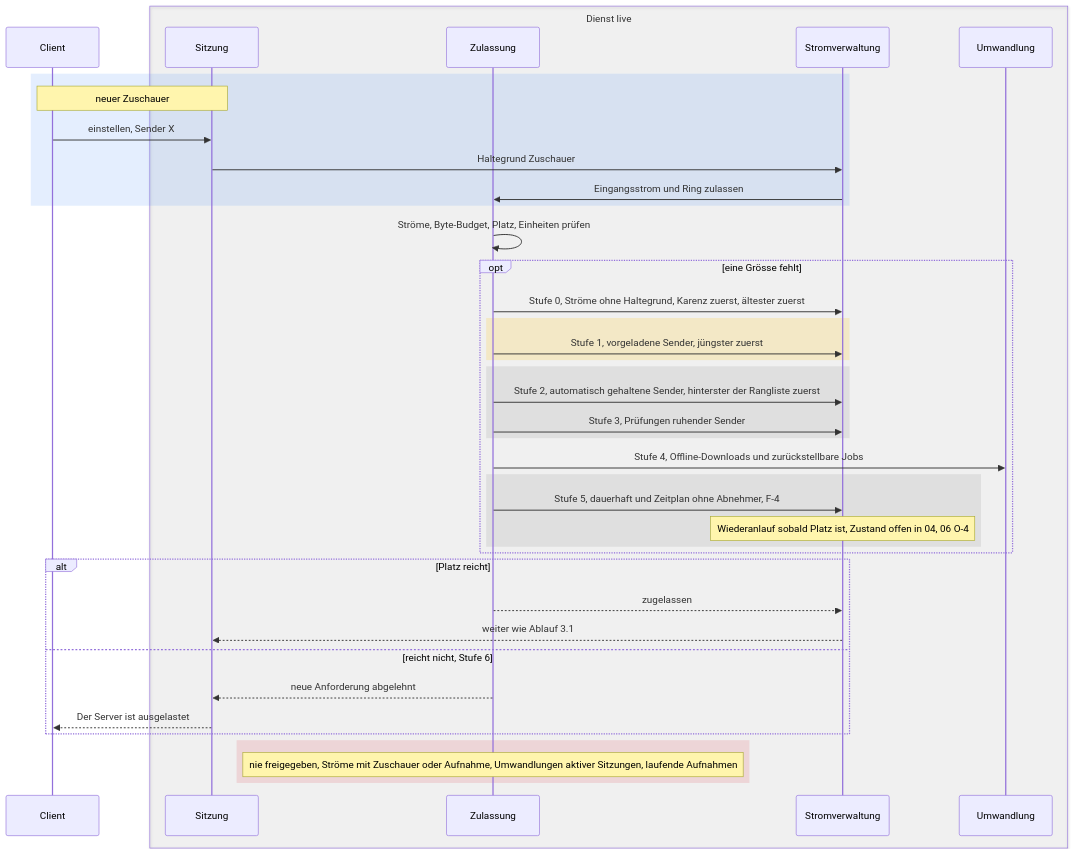
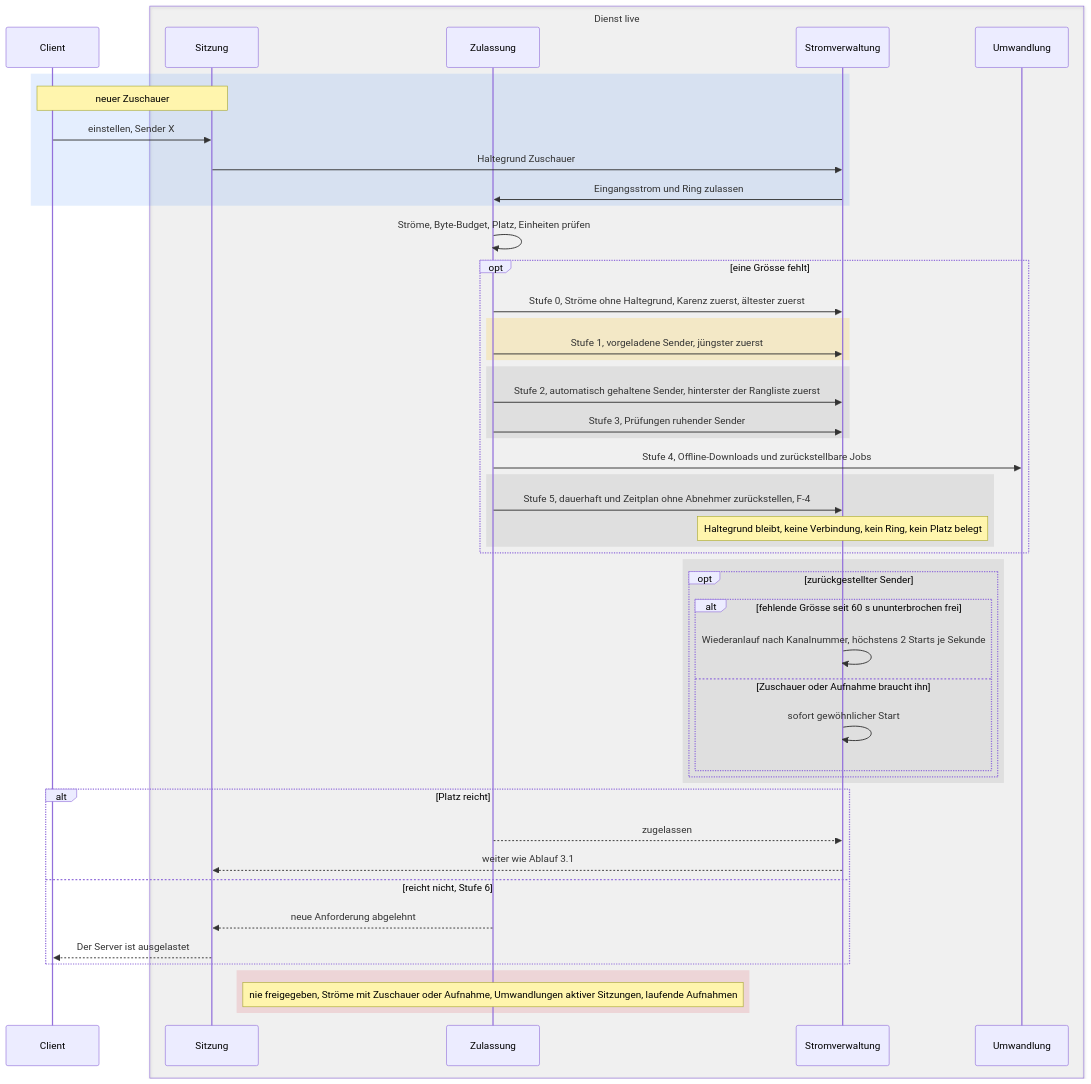
Before and after one commit to SlouchCat/slouchcat: diagram 15 of 22 in docs/planning/28-live-tv/06-ablaeufe.md, drawn with Mermaid. The commit also changed other lines of this file, not shown here.

Commit message:
docs(planning): concept 28 live TV, flows after consolidation 1

````diff
--- a/docs/planning/28-live-tv/06-ablaeufe.md
+++ b/docs/planning/28-live-tv/06-ablaeufe.md
@@ -1080,43 +1147,52 @@
 ```mermaid
 sequenceDiagram
   participant CL as Client
   box rgba(128,128,128,0.08) Dienst live
     participant SES as Sitzung
     participant ZUL as Zulassung
     participant STR as Stromverwaltung
     participant UW as Umwandlung
   end
 
   rect rgba(66,135,245,0.14)
     Note over CL,SES: neuer Zuschauer
     CL->>SES: einstellen, Sender X
     SES->>STR: Haltegrund Zuschauer
     STR->>ZUL: Eingangsstrom und Ring zulassen
   end
   ZUL->>ZUL: Ströme, Byte-Budget, Platz, Einheiten prüfen
   opt eine Grösse fehlt
     ZUL->>STR: Stufe 0, Ströme ohne Haltegrund, Karenz zuerst, ältester zuerst
     rect rgba(255,193,7,0.18)
       ZUL->>STR: Stufe 1, vorgeladene Sender, jüngster zuerst
     end
     rect rgba(128,128,128,0.16)
       ZUL->>STR: Stufe 2, automatisch gehaltene Sender, hinterster der Rangliste zuerst
       ZUL->>STR: Stufe 3, Prüfungen ruhender Sender
     end
     ZUL->>UW: Stufe 4, Offline-Downloads und zurückstellbare Jobs
     rect rgba(128,128,128,0.16)
-      ZUL->>STR: Stufe 5, dauerhaft und Zeitplan ohne Abnehmer, F-4
-      Note over STR: Wiederanlauf sobald Platz ist, Zustand offen in 04, 06 O-4
+      ZUL->>STR: Stufe 5, dauerhaft und Zeitplan ohne Abnehmer zurückstellen, F-4
+      Note over STR: Haltegrund bleibt, keine Verbindung, kein Ring, kein Platz belegt
+    end
+  end
+  rect rgba(128,128,128,0.16)
+    opt zurückgestellter Sender
+      alt fehlende Grösse seit 60 s ununterbrochen frei
+        STR->>STR: Wiederanlauf nach Kanalnummer, höchstens 2 Starts je Sekunde
+      else Zuschauer oder Aufnahme braucht ihn
+        STR->>STR: sofort gewöhnlicher Start
+      end
     end
   end
   alt Platz reicht
     ZUL-->>STR: zugelassen
     STR-->>SES: weiter wie Ablauf 3.1
   else reicht nicht, Stufe 6
     ZUL-->>SES: neue Anforderung abgelehnt
     SES-->>CL: Der Server ist ausgelastet
   end
   rect rgba(220,53,69,0.14)
     Note over ZUL: nie freigegeben, Ströme mit Zuschauer oder Aufnahme, Umwandlungen aktiver Sitzungen, laufende Aufnahmen
   end
 ```
````
